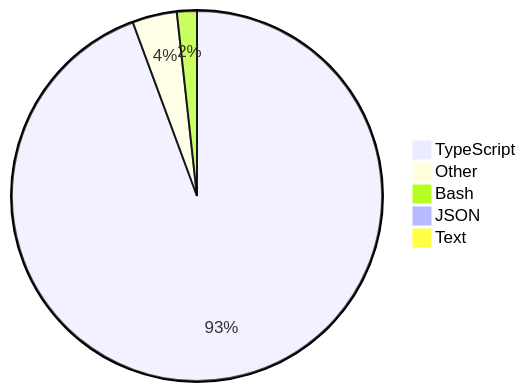
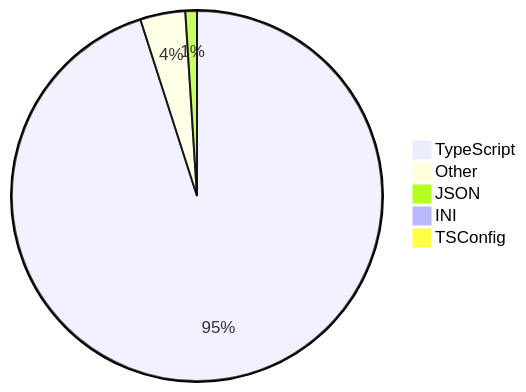
The diagram in README.md (skvggor/skvggor), drawn with Mermaid before and after one commit.

Commit message:
Updated waka-readme graph with new metrics

````diff
--- a/README.md
+++ b/README.md
@@ -16,8 +16,8 @@
 ```mermaid
 pie
-    "TypeScript" : 92.1
-    "Other" : 3.8
-    "Bash" : 1.7
-    "JSON" : 0.9
-    "Text" : 0.7
+    "TypeScript" : 94.3
+    "Other" : 3.9
+    "JSON" : 1.0
+    "INI" : 0.3
+    "TSConfig" : 0.2
 ```
````
